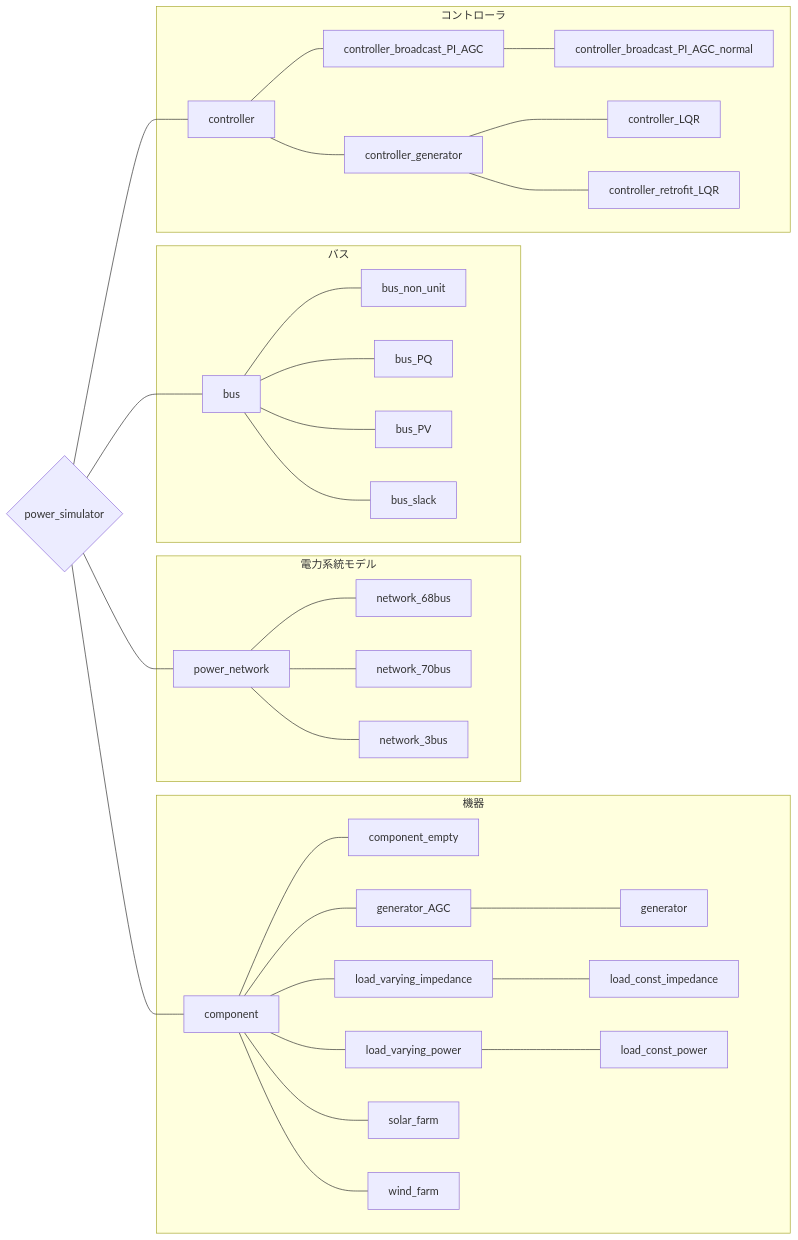
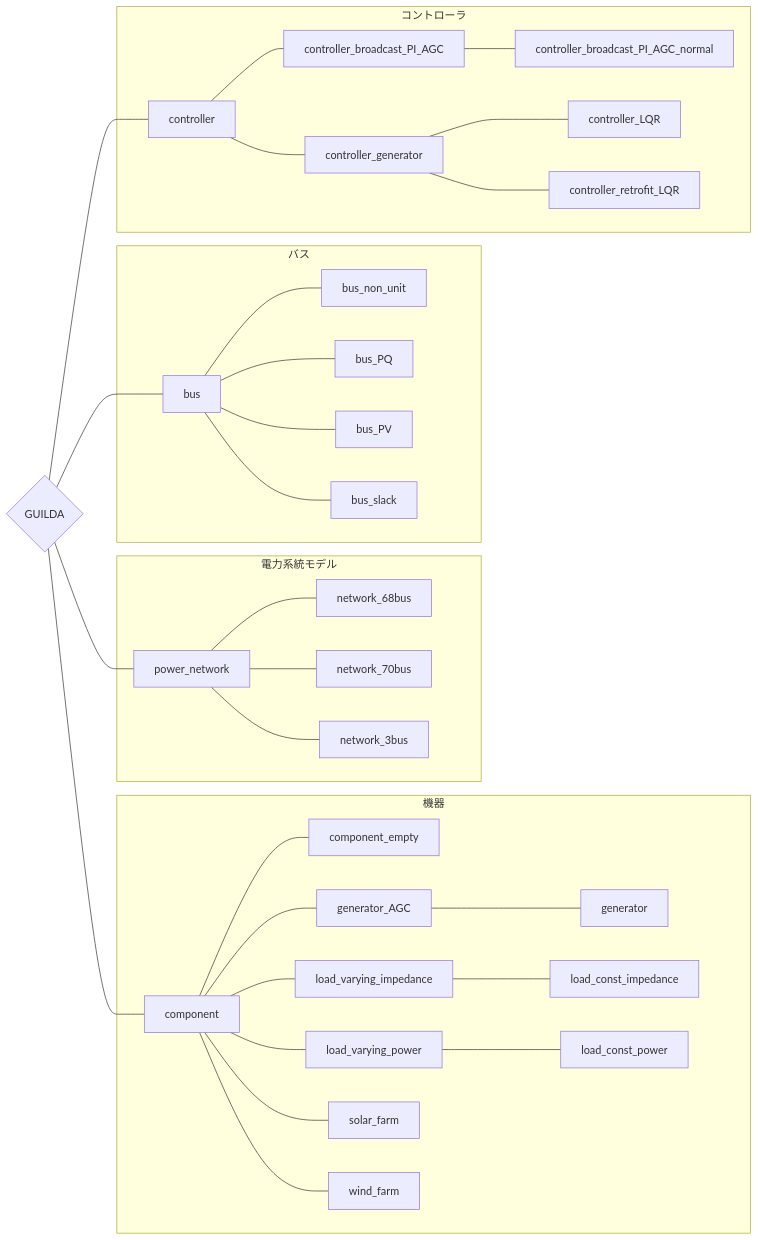
The diagram in docs/Docs/docs.md (takahiro-kawaguchi/power_simulator_doc), drawn with Mermaid before and after one commit. The commit also changed other lines of this file and 15 other files, not shown here.

````diff
--- a/docs/Docs/docs.md
+++ b/docs/Docs/docs.md
@@ -24,7 +24,7 @@
 ```mermaid
 graph LR
 
-base{power_simulator}---power_network
+base{GUILDA}---power_network
 base---bus
 base---component
 base---controller
````
